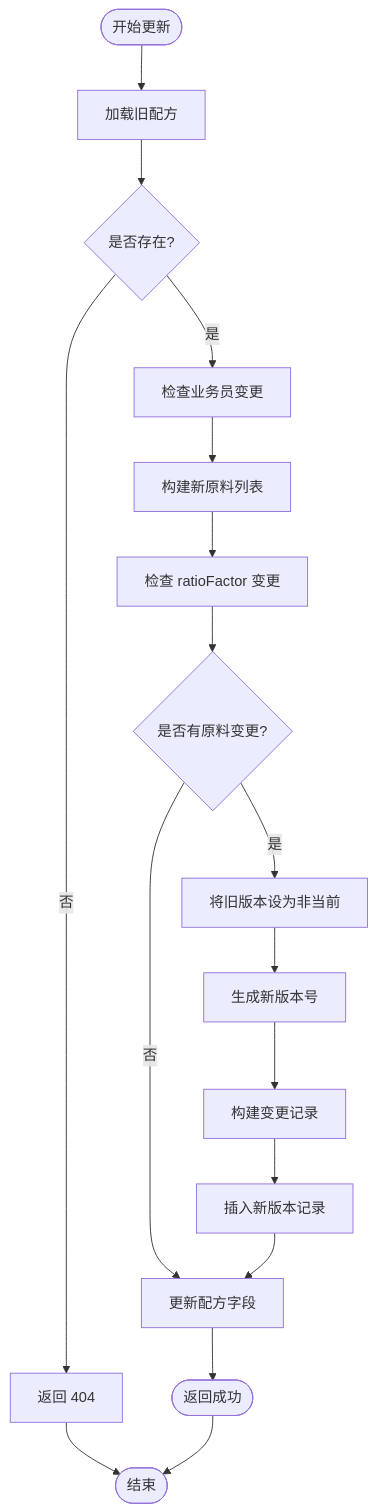
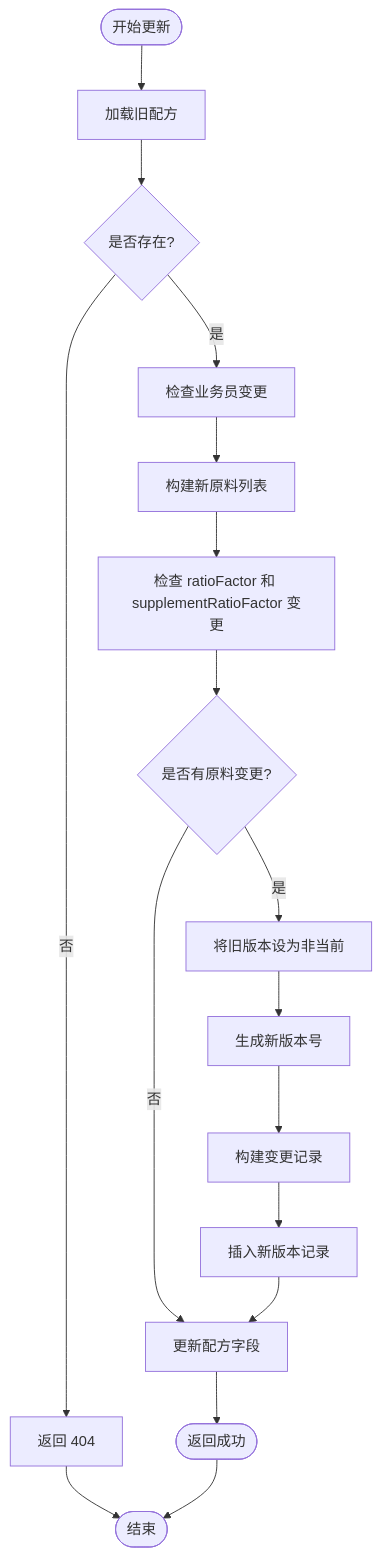
The fifth of 10 diagrams in .qoder/repowiki/zh/content/核心功能模块/配方管理系统/配方管理系统.md (xpretycn/TingStudio), drawn with Mermaid before and after one commit. The commit also changed other lines of this file and 56 other files, not shown here.

````diff
--- a/.qoder/repowiki/zh/content/核心功能模块/配方管理系统/配方管理系统.md
+++ b/.qoder/repowiki/zh/content/核心功能模块/配方管理系统/配方管理系统.md
@@ -296,19 +321,19 @@
 ```mermaid
 flowchart TD
 Start(["开始更新"]) --> LoadOld["加载旧配方"]
 LoadOld --> Exists{"是否存在?"}
 Exists --> |否| NotFound["返回 404"]
 Exists --> |是| CheckSalesman["检查业务员变更"]
 CheckSalesman --> BuildMaterials["构建新原料列表"]
-BuildMaterials --> CheckRatio["检查 ratioFactor 变更"]
+BuildMaterials --> CheckRatio["检查 ratioFactor 和 supplementRatioFactor 变更"]
 CheckRatio --> HasChanges{"是否有原料变更?"}
 HasChanges --> |否| UpdateFormula["更新配方字段"]
 HasChanges --> |是| MarkPrev["将旧版本设为非当前"]
 MarkPrev --> NewVersion["生成新版本号"]
 NewVersion --> BuildChanges["构建变更记录"]
 BuildChanges --> InsertVersion["插入新版本记录"]
 InsertVersion --> UpdateFormula
 UpdateFormula --> Done(["返回成功"])
 NotFound --> End(["结束"])
 Done --> End
 ```
````
